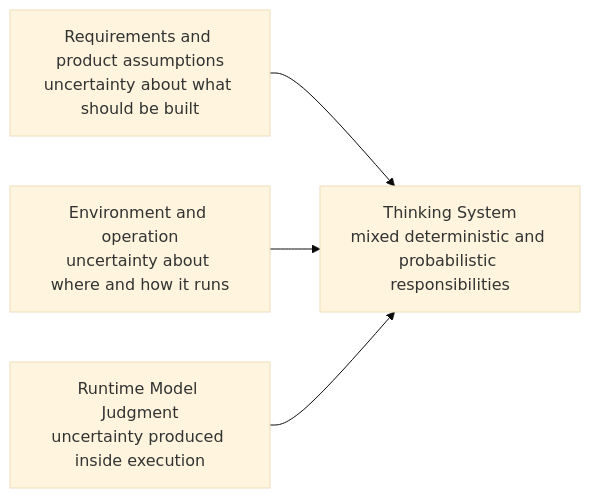
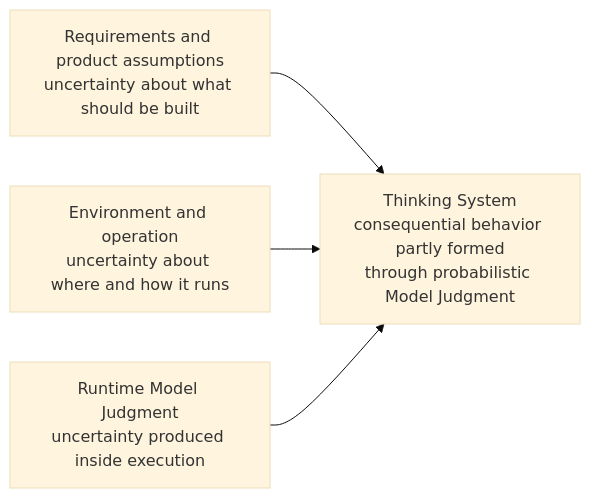
The fifth of 14 diagrams in content/research/notes/open-engineering-specification-article-draft.md (UncertaintyArchitectureGroup/uncertainty-architecture), drawn with Mermaid (base theme) before and after one commit. The commit also changed other lines of this file and 15 other files, not shown here.

Commit message:
Clarify Thinking System object, control boundary, and research positioning

````diff
--- a/content/research/notes/open-engineering-specification-article-draft.md
+++ b/content/research/notes/open-engineering-specification-article-draft.md
@@ -235,11 +264,11 @@
 ```mermaid
 flowchart LR
     R["Requirements and product assumptions<br/>uncertainty about what should be built"]
     O["Environment and operation<br/>uncertainty about where and how it runs"]
     J["Runtime Model Judgment<br/>uncertainty produced inside execution"]
-    S["Thinking System<br/>mixed deterministic and probabilistic responsibilities"]
+    S["Thinking System<br/>consequential behavior partly formed<br/>through probabilistic Model Judgment"]
 
     R --> S
     O --> S
     J --> S
 ```
````
